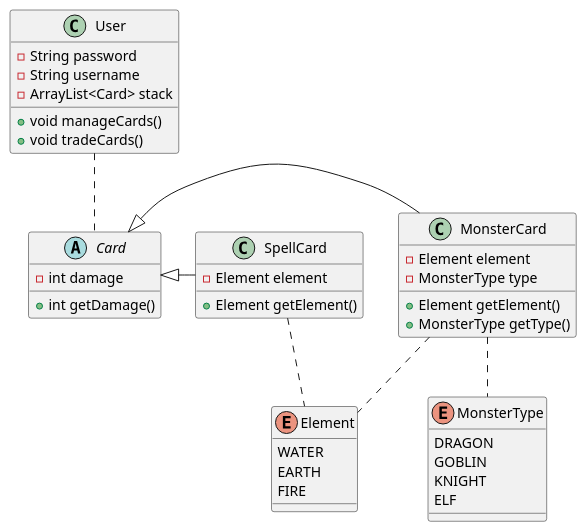
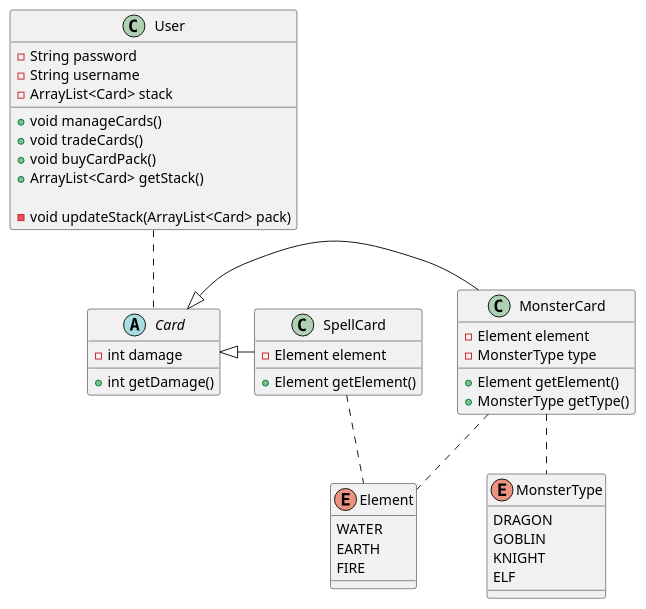
One commit to skyler544/mtcg changed the diagram in documentation/mtcg.puml. Above: the diagram before and after it, drawn with PlantUML. The commit also changed 3 other files, not shown here.

```diff
--- a/documentation/mtcg.puml
+++ b/documentation/mtcg.puml
@@ -1,52 +1,56 @@
 @startuml
 
 class User {
         - String password
         - String username
         - ArrayList<Card> stack
 
         + void manageCards()
         + void tradeCards()
+        + void buyCardPack()
+        + ArrayList<Card> getStack()
+
+        - void updateStack(ArrayList<Card> pack)
 }
 abstract class Card {
         - int damage
 
         + int getDamage()
 }
 
 User .. Card
 
 enum MonsterType {
         DRAGON
         GOBLIN
         KNIGHT
         ELF
 }
 enum Element {
         WATER
         EARTH
         FIRE
 }
 
 class MonsterCard {
         - Element element
         - MonsterType type
 
         + Element getElement()
         + MonsterType getType()
 }
 class SpellCard {
         - Element element
 
         + Element getElement()
 }
 
 Card <|- MonsterCard
 Card <|- SpellCard
 
 MonsterCard .. MonsterType
 MonsterCard .. Element
 
 SpellCard .. Element
 
 @enduml
```
